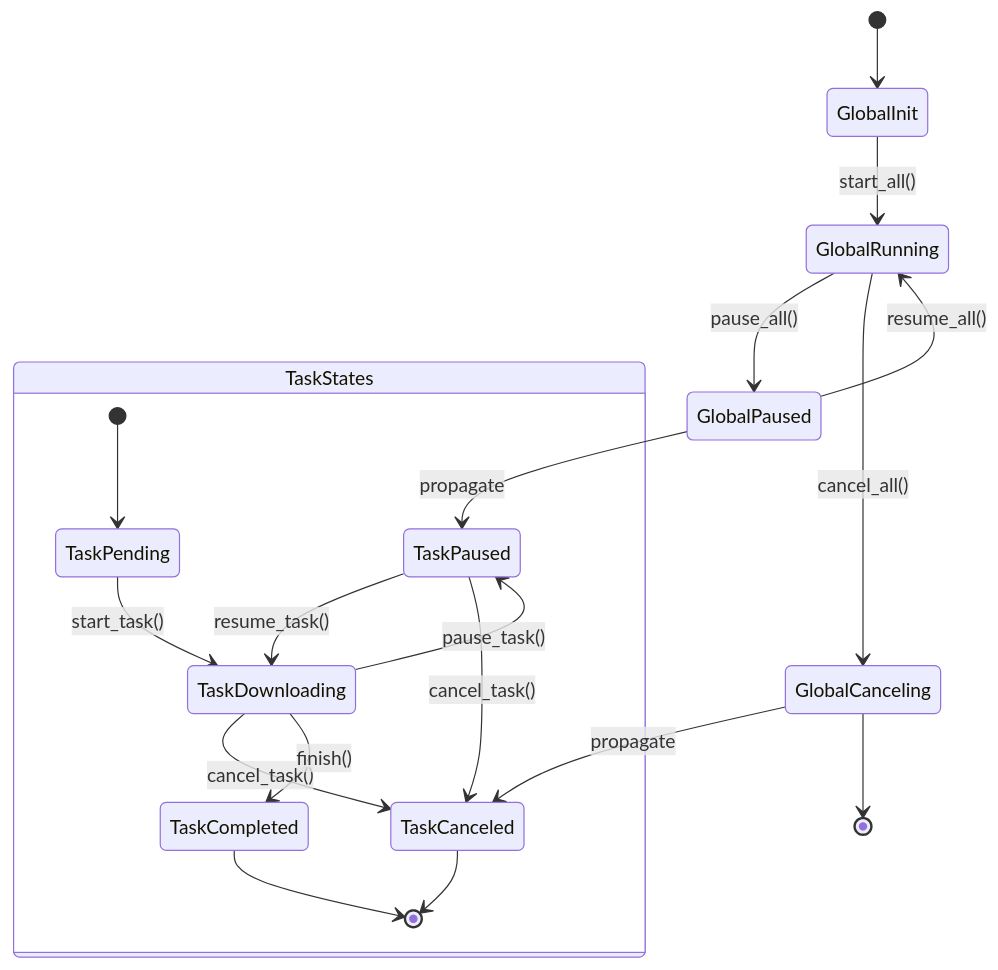
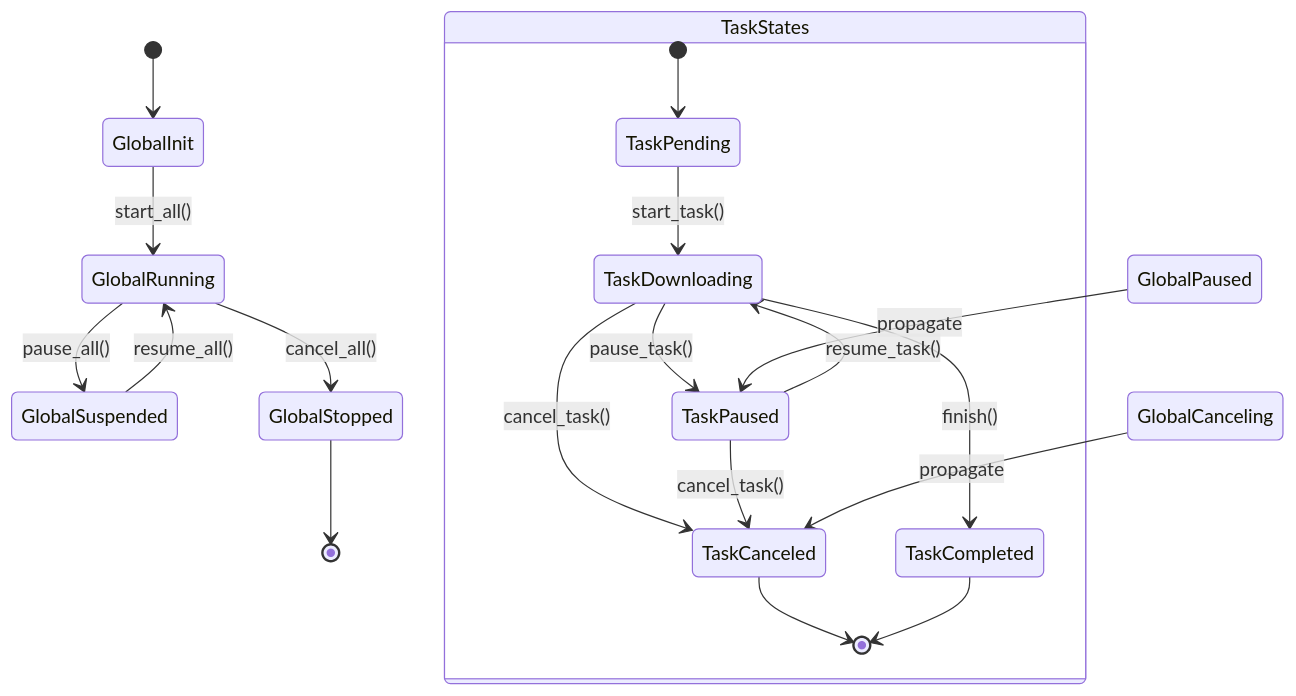
One commit to Islatri/vielpork changed the diagram in Readme.md. Above: the diagram before and after it, drawn with Mermaid. The commit also changed other lines of this file, not shown here.

Commit message:
0.0.11 Loooongger~

````diff
--- a/Readme.md
+++ b/Readme.md
@@ -32,24 +32,24 @@
 ```mermaid
 stateDiagram-v2
     [*] --> GlobalInit
     GlobalInit --> GlobalRunning: start_all()
-    GlobalRunning --> GlobalPaused: pause_all()
-    GlobalPaused --> GlobalRunning: resume_all()
-    GlobalRunning --> GlobalCanceling: cancel_all()
-    GlobalCanceling --> [*]
+    GlobalRunning --> GlobalSuspended: pause_all()
+    GlobalSuspended --> GlobalRunning: resume_all()
+    GlobalRunning --> GlobalStopped: cancel_all()
+    GlobalStopped --> [*]
     
     state TaskStates {
         [*] --> TaskPending
         TaskPending --> TaskDownloading: start_task()
         TaskDownloading --> TaskPaused: pause_task()
         TaskPaused --> TaskDownloading: resume_task()
         TaskDownloading --> TaskCanceled: cancel_task()
         TaskDownloading --> TaskCompleted: finish()
         TaskPaused --> TaskCanceled: cancel_task()
         TaskCanceled --> [*]
         TaskCompleted --> [*]
     }
     
     GlobalPaused --> TaskPaused : propagate
     GlobalCanceling --> TaskCanceled : propagate
 ```
````
